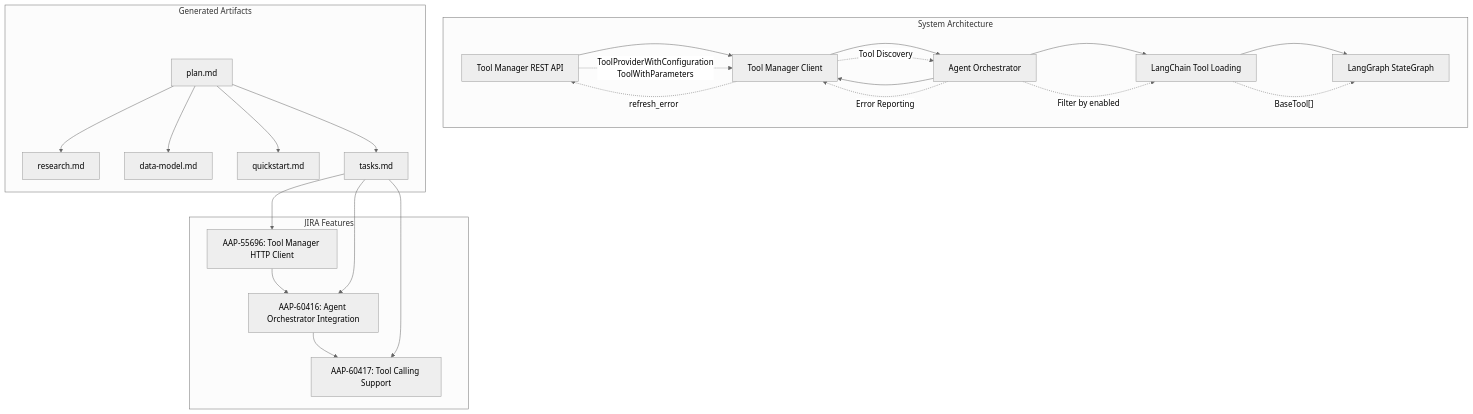
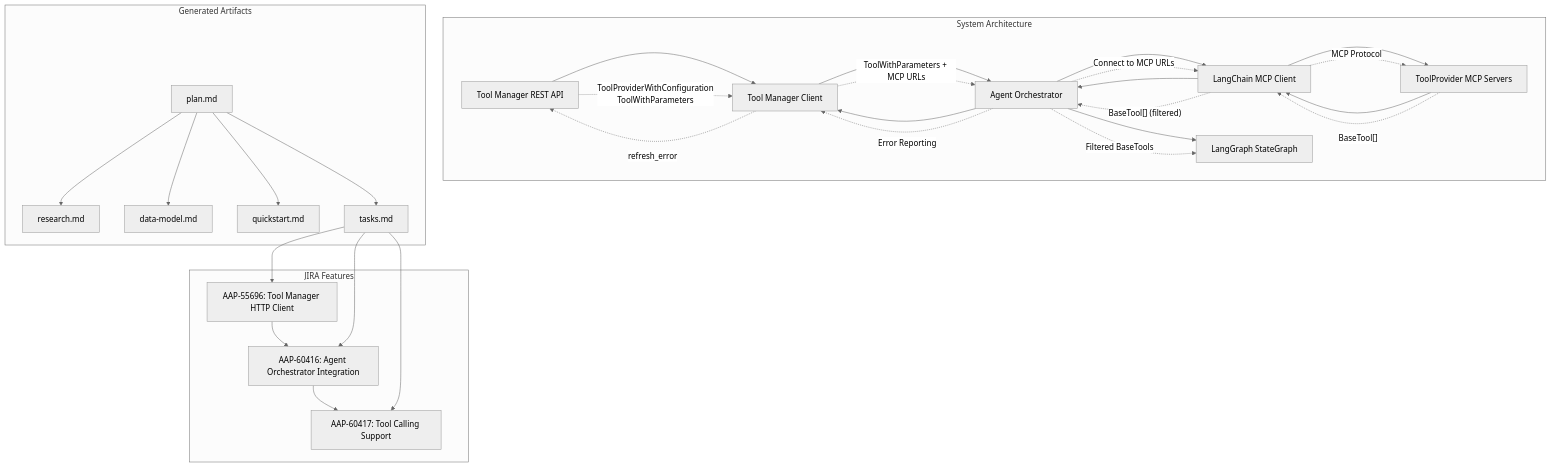
Before and after one commit to alinabuzachis/syntara: the diagram in specs/020-agentic-task-execution/plan.md, drawn with Mermaid (neutral theme). The commit also changed other lines of this file and 4 other files, not shown here.

First line of the commit message:
docs: Update ToolManager integration specs for LangChain MCP client (#265)

````diff
--- a/specs/020-agentic-task-execution/plan.md
+++ b/specs/020-agentic-task-execution/plan.md
@@ -38,54 +38,61 @@
 ```mermaid
 flowchart TD
     subgraph "JIRA Features"
         J1[AAP-55696: Tool Manager HTTP Client]
         J2[AAP-60416: Agent Orchestrator Integration]
         J3[AAP-60417: Tool Calling Support]
     end
 
     subgraph "System Architecture"
         TM[Tool Manager REST API]
         CLIENT[Tool Manager Client]
+        MCP_SERVERS[ToolProvider MCP Servers]
+        LMCP[LangChain MCP Client]
         AO[Agent Orchestrator]
-        LC[LangChain Tool Loading]
         LG[LangGraph StateGraph]
     end
 
     subgraph "Generated Artifacts"
         PLAN[plan.md]
         RESEARCH[research.md]
         MODEL[data-model.md]
         QUICK[quickstart.md]
         TASKS[tasks.md]
     end
 
     %% Dependencies
     J1 --> J2
     J2 --> J3
 
     %% System Flow
     TM --> CLIENT
     CLIENT --> AO
-    AO --> LC
-    LC --> LG
+    AO --> LMCP
+    LMCP --> MCP_SERVERS
+    MCP_SERVERS --> LMCP
+    LMCP --> AO
+    AO --> LG
     AO --> CLIENT
 
     %% Plan Flow
     PLAN --> RESEARCH
     PLAN --> MODEL
     PLAN --> QUICK
     PLAN --> TASKS
 
     %% Implementation Flow
     TASKS --> J1
     TASKS --> J2
     TASKS --> J3
 
     %% Data Flow Labels
     TM -.->|"ToolProviderWithConfiguration<br/>ToolWithParameters"| CLIENT
-    CLIENT -.->|"Tool Discovery"| AO
-    LC -.->|"BaseTool[]"| LG
-    AO -.->|"Filter by enabled"| LC
+    CLIENT -.->|"ToolWithParameters + MCP URLs"| AO
+    AO -.->|"Connect to MCP URLs"| LMCP
+    LMCP -.->|"MCP Protocol"| MCP_SERVERS
+    MCP_SERVERS -.->|"BaseTool[]"| LMCP
+    LMCP -.->|"BaseTool[] (filtered)"| AO
+    AO -.->|"Filtered BaseTools"| LG
     AO -.->|"Error Reporting"| CLIENT
     CLIENT -.->|"refresh_error"| TM
 ```
````
